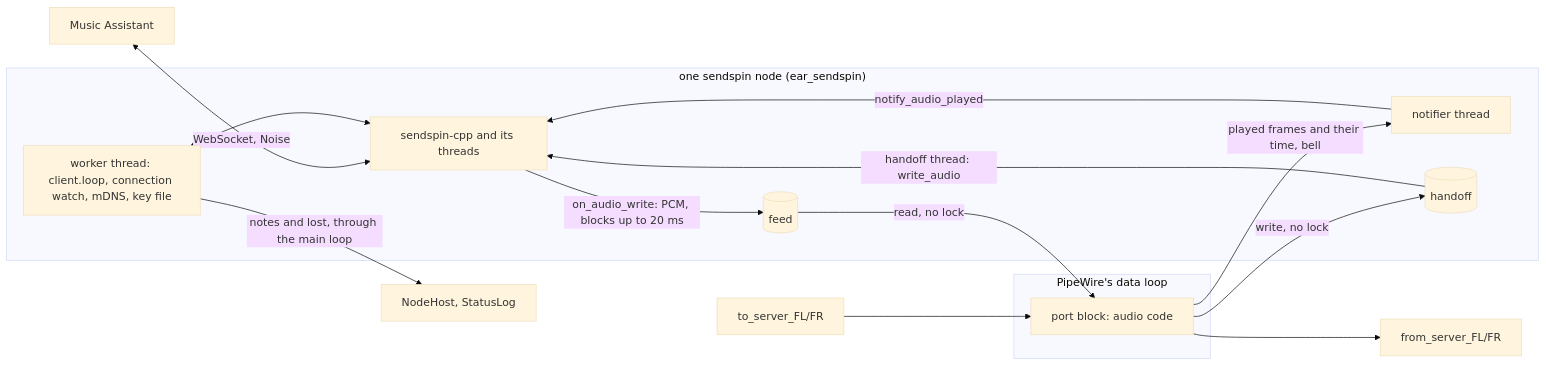
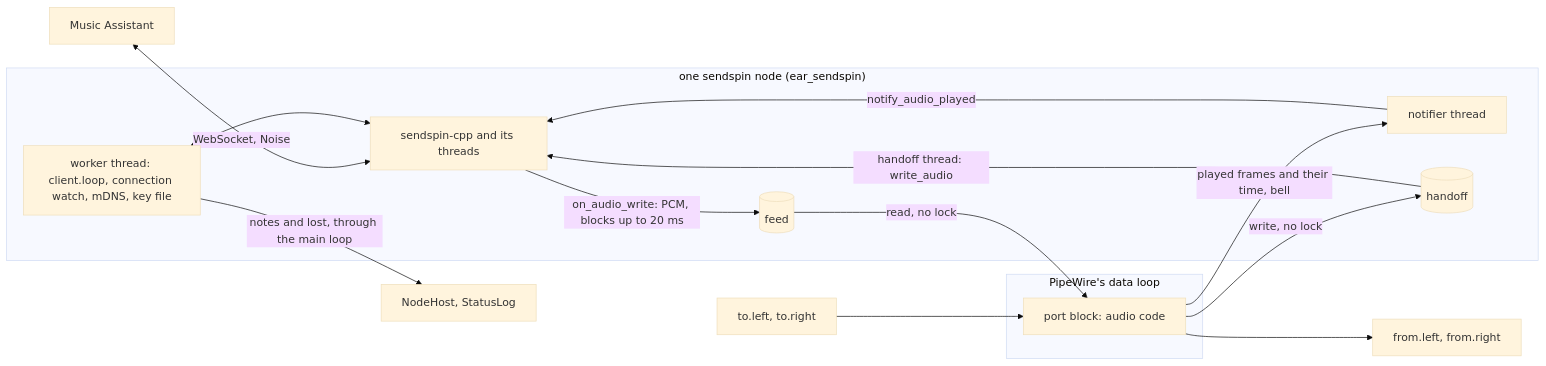
Before and after one commit to mcurcio/ear: the diagram in docs/design/sendspin.md, drawn with Mermaid (base theme). The commit also changed other lines of this file and 72 other files, not shown here.

````diff
--- a/docs/design/sendspin.md
+++ b/docs/design/sendspin.md
@@ -47,19 +60,19 @@
 ```mermaid
 flowchart LR
   MA[Music Assistant] <-- "WebSocket, Noise" --> LIB
   subgraph node ["one sendspin node (ear_sendspin)"]
     LIB[sendspin-cpp and its threads] -- "on_audio_write: PCM, blocks up to 20 ms" --> F[(feed)]
     W[worker thread: client.loop, connection watch, mDNS, key file] <--> LIB
     N[notifier thread] -- "notify_audio_played" --> LIB
     H[(handoff)] -- "handoff thread: write_audio" --> LIB
   end
   subgraph rt ["PipeWire's data loop"]
     C[port block: audio code]
   end
   F -- "read, no lock" --> C
   C -- "played frames and their time, bell" --> N
   C -- "write, no lock" --> H
-  C --> OUT[from_server_FL/FR]
-  IN[to_server_FL/FR] --> C
+  C --> OUT[from.left, from.right]
+  IN[to.left, to.right] --> C
   W -- "notes and lost, through the main loop" --> S[NodeHost, StatusLog]
 ```
````
